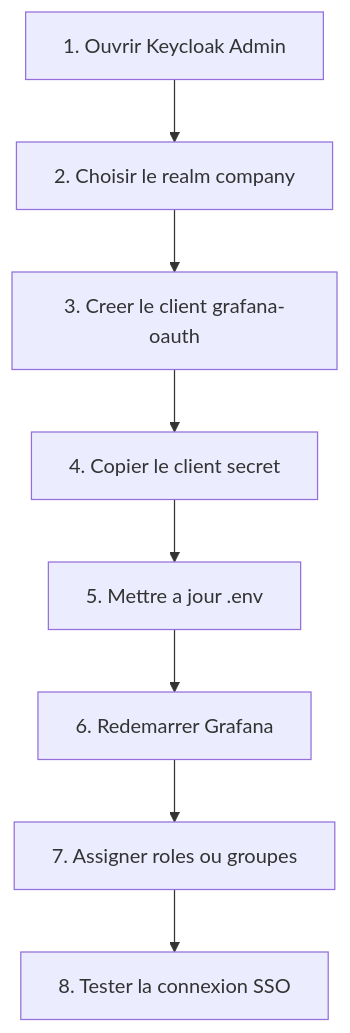
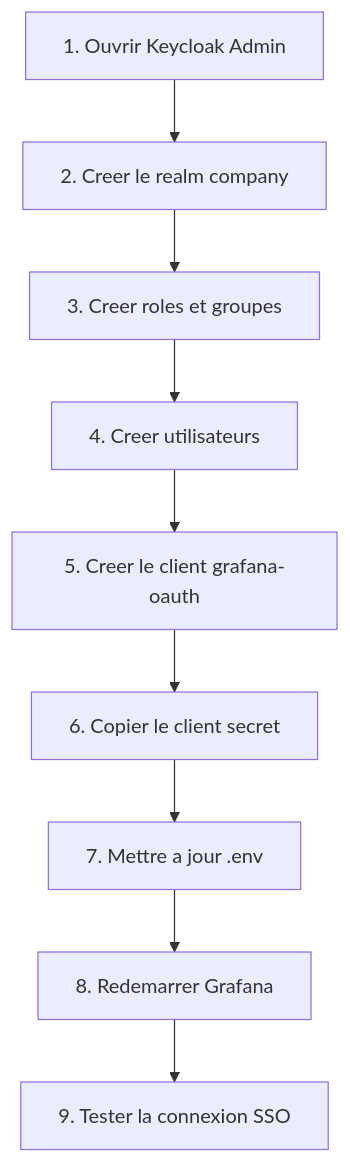
Before and after one commit to RobinThiriet/Keycloak: the diagram in docs/keycloak-admin-checklist.md, drawn with Mermaid. The commit also changed other lines of this file and 2 other files, not shown here.

Commit message:
docs: cover manual realm creation for keycloak sso

````diff
--- a/docs/keycloak-admin-checklist.md
+++ b/docs/keycloak-admin-checklist.md
@@ -9,10 +9,11 @@
 ```mermaid
 flowchart TD
-    A[1. Ouvrir Keycloak Admin] --> B[2. Choisir le realm company]
-    B --> C[3. Creer le client grafana-oauth]
-    C --> D[4. Copier le client secret]
-    D --> E[5. Mettre a jour .env]
-    E --> F[6. Redemarrer Grafana]
-    F --> G[7. Assigner roles ou groupes]
-    G --> H[8. Tester la connexion SSO]
+    A[1. Ouvrir Keycloak Admin] --> B[2. Creer le realm company]
+    B --> C[3. Creer roles et groupes]
+    C --> D[4. Creer utilisateurs]
+    D --> E[5. Creer le client grafana-oauth]
+    E --> F[6. Copier le client secret]
+    F --> G[7. Mettre a jour .env]
+    G --> H[8. Redemarrer Grafana]
+    H --> I[9. Tester la connexion SSO]
 ```
````
